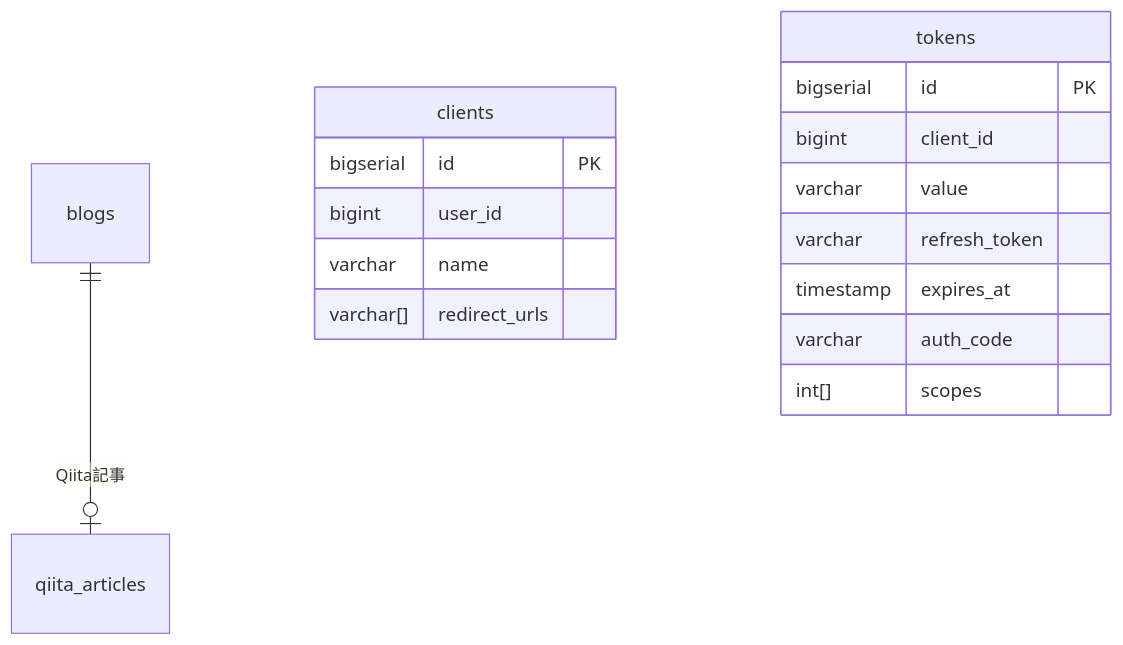
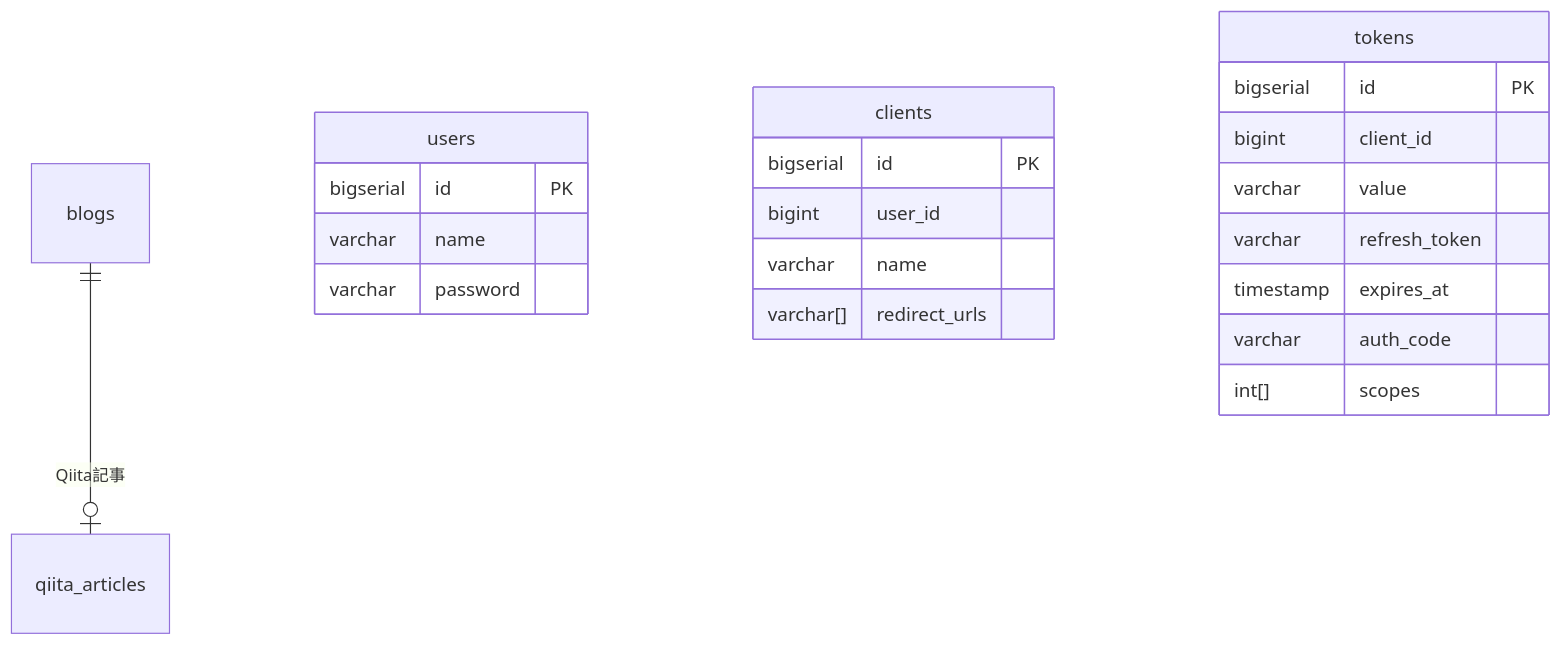
The diagram in doc/er.md (piny940/auth), drawn with Mermaid before and after one commit. The commit also changed 4 other files, not shown here.

````diff
--- a/doc/er.md
+++ b/doc/er.md
@@ -1,21 +1,27 @@
 ```mermaid
 erDiagram
   blogs ||--o| qiita_articles : "Qiita記事"
+
+  users {
+    bigserial id PK
+    varchar name
+    varchar password
+  }
 
   clients {
     bigserial id PK
     bigint user_id
     varchar name
     varchar[] redirect_urls
   }
   tokens {
     bigserial id PK
     bigint client_id
     varchar value
     varchar refresh_token
     timestamp expires_at
     varchar auth_code
     int[] scopes
   }
 
 ```
````
